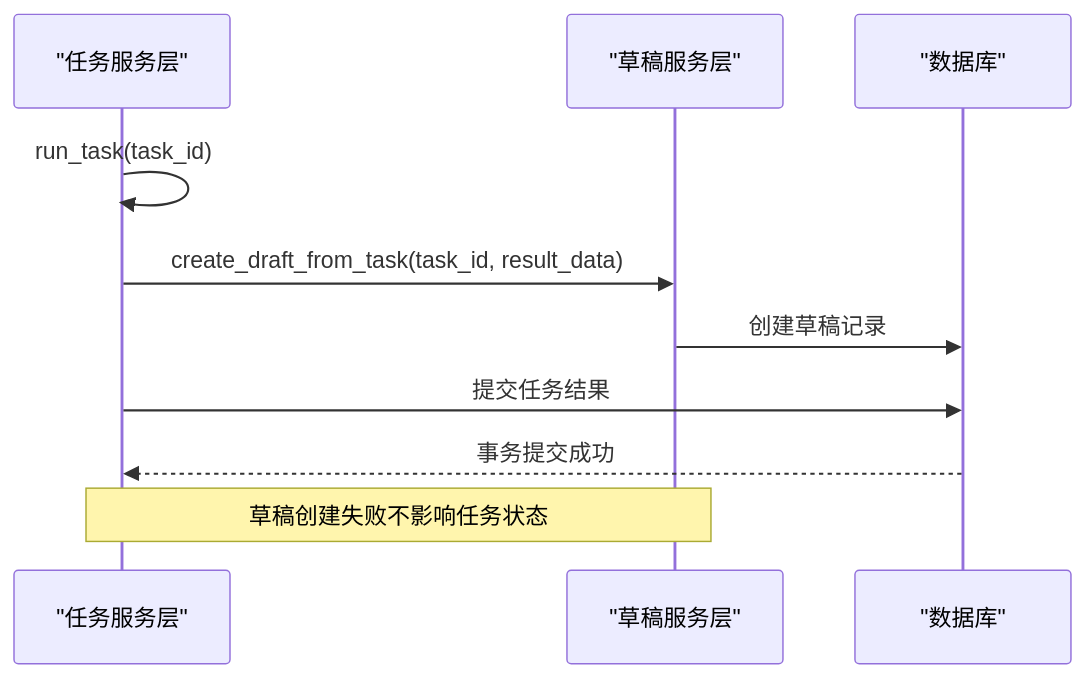
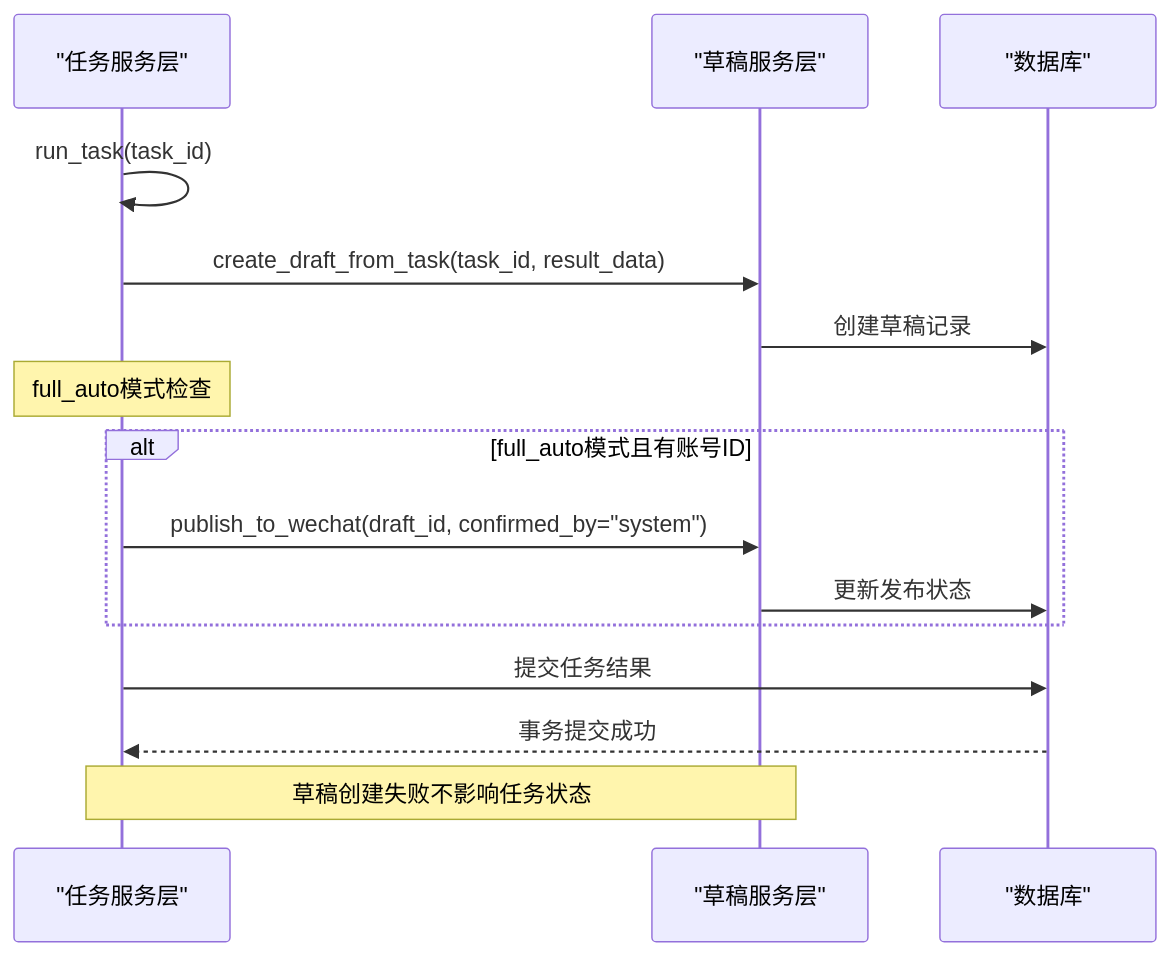
The third of 7 diagrams in .qoder/repowiki/zh/content/API接口文档/任务管理API.md (sansansansansan2022-web/hotclaw), drawn with Mermaid before and after one commit. The commit also changed other lines of this file and 860 other files, not shown here.

````diff
--- a/.qoder/repowiki/zh/content/API接口文档/任务管理API.md
+++ b/.qoder/repowiki/zh/content/API接口文档/任务管理API.md
@@ -361,12 +375,17 @@
 ```mermaid
 sequenceDiagram
 participant TaskService as "任务服务层"
 participant DraftService as "草稿服务层"
 participant DB as "数据库"
 TaskService->>TaskService : run_task(task_id)
 TaskService->>DraftService : create_draft_from_task(task_id, result_data)
 DraftService->>DB : 创建草稿记录
+Note over TaskService : full_auto模式检查
+alt full_auto模式且有账号ID
+TaskService->>DraftService : publish_to_wechat(draft_id, confirmed_by="system")
+DraftService->>DB : 更新发布状态
+end
 TaskService->>DB : 提交任务结果
 DB-->>TaskService : 事务提交成功
 Note over TaskService,DraftService : 草稿创建失败不影响任务状态
 ```
````
